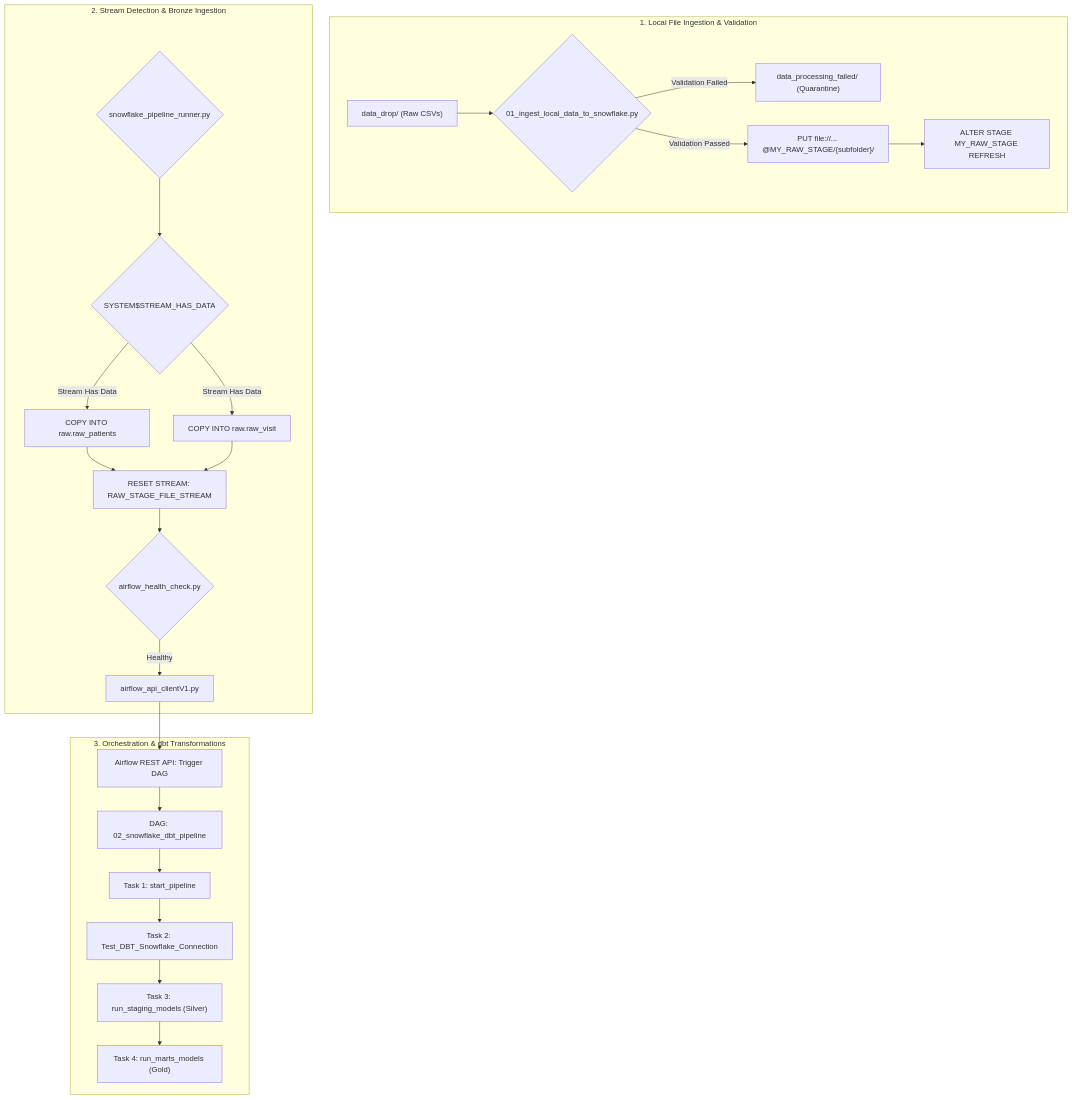
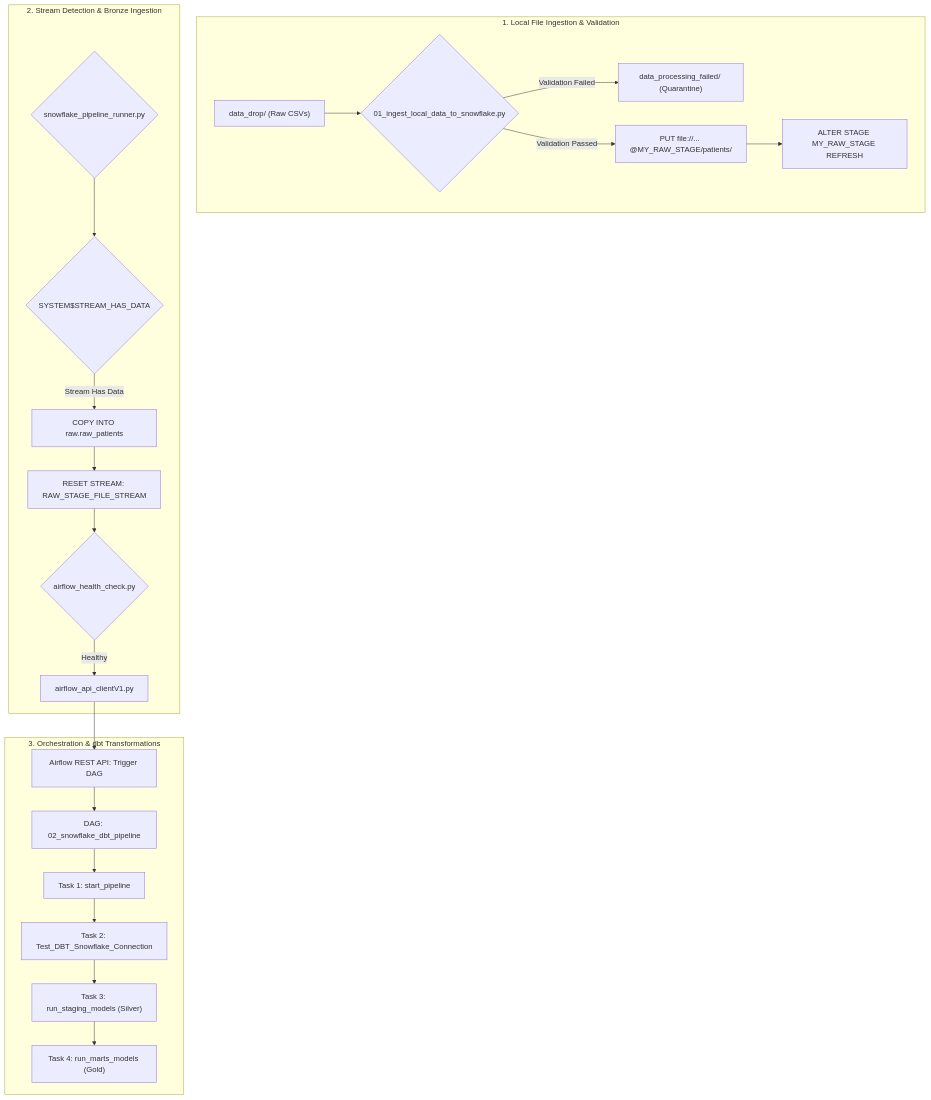
Before and after one commit to nagavarmasakineti/snowflake-dbt-pipeline: the diagram in README.md, drawn with Mermaid.

Commit message:
Updated README.md file

````diff
--- a/README.md
+++ b/README.md
@@ -3,30 +3,28 @@
 ```mermaid
 flowchart TD
     subgraph Phase1 ["1. Local File Ingestion & Validation"]
         A["data_drop/ (Raw CSVs)"] --> B{"01_ingest_local_data_to_snowflake.py"}
         B -->|Validation Failed| C["data_processing_failed/ (Quarantine)"]
-        B -->|Validation Passed| D["PUT file://... @MY_RAW_STAGE/{subfolder}/"]
+        B -->|Validation Passed| D["PUT file://... @MY_RAW_STAGE/patients/"]
         D --> E["ALTER STAGE MY_RAW_STAGE REFRESH"]
     end
 
     subgraph Phase2 ["2. Stream Detection & Bronze Ingestion"]
         F{"snowflake_pipeline_runner.py"} --> G{"SYSTEM$STREAM_HAS_DATA"}
         G -->|Stream Has Data| H["COPY INTO raw.raw_patients"]
-        G -->|Stream Has Data| I["COPY INTO raw.raw_visit"]
         H --> J["RESET STREAM: RAW_STAGE_FILE_STREAM"]
-        I --> J
         J --> K{"airflow_health_check.py"}
         K -->|Healthy| L["airflow_api_clientV1.py"]
     end
 
     subgraph Phase3 ["3. Orchestration & dbt Transformations"]
         M["Airflow REST API: Trigger DAG"] --> N["DAG: 02_snowflake_dbt_pipeline"]
         N --> O["Task 1: start_pipeline"]
         O --> P["Task 2: Test_DBT_Snowflake_Connection"]
         P --> Q["Task 3: run_staging_models (Silver)"]
         Q --> R["Task 4: run_marts_models (Gold)"]
     end
 
-    %% Cross-subgraph linkage without inline text on boundary link
+    %% Cross-subgraph linkage
     L --> M
 ```
````
